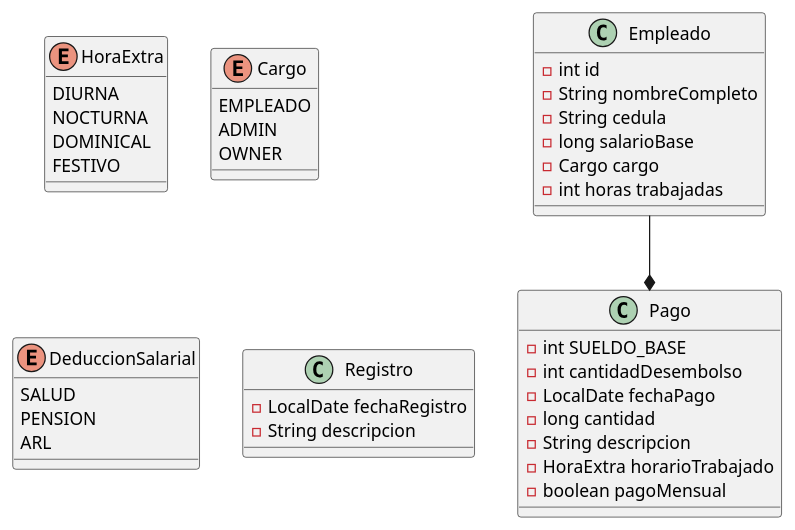
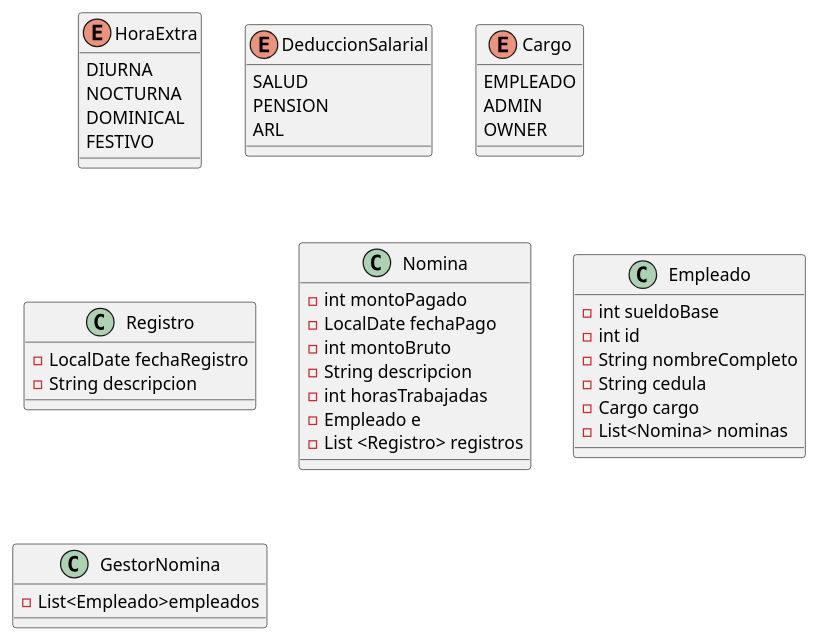
The diagram in Files/Diagrama.plantuml (VoltronMax/SistemaDeNominaEmpresarial), drawn with PlantUML before and after one commit. The commit also changed 6 other files, not shown here.

```diff
--- a/Files/Diagrama.plantuml
+++ b/Files/Diagrama.plantuml
@@ -1,51 +1,52 @@
 @startuml
 
 enum HoraExtra{
 DIURNA
 NOCTURNA
 DOMINICAL
 FESTIVO
 }
 
+enum DeduccionSalarial{
+SALUD
+PENSION
+ARL
+}
+
 enum Cargo{
 EMPLEADO
 ADMIN
 OWNER
-}
-
-enum DeduccionSalarial{
-SALUD
-PENSION
-ARL
 }
 
 class Registro{
 - LocalDate fechaRegistro
 - String descripcion
 }
 
-
-class Pago{
--int SUELDO_BASE
--int cantidadDesembolso
+class Nomina{
+-int montoPagado
 -LocalDate fechaPago
--long cantidad
+-int montoBruto
 -String descripcion
--HoraExtra horarioTrabajado
--boolean pagoMensual
-
+-int horasTrabajadas
+-Empleado e
+-List <Registro> registros
 }
 
 class Empleado{
+-int sueldoBase
 -int id
 -String nombreCompleto
 -String cedula
--long salarioBase
 -Cargo cargo
--int horas trabajadas
+-List<Nomina> nominas
 }
 
-Empleado --* Pago
+class GestorNomina{
+-List<Empleado>empleados
+}
+
 
 
 @enduml
```
